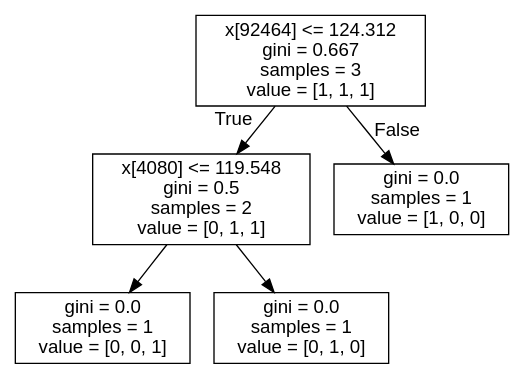
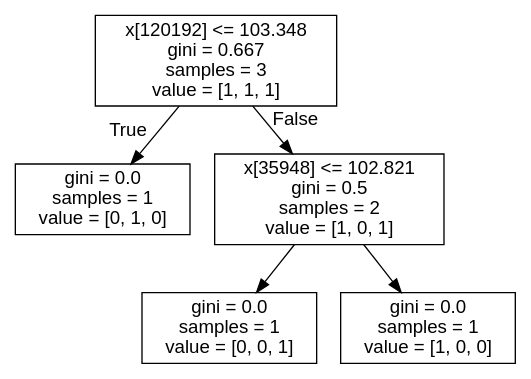
Before and after one commit to milenabdsa/CPS841: the diagram in projeto_malwisard/decision.dot, drawn with Graphviz. The commit also changed 48 other files, not shown here.

```diff
--- a/projeto_malwisard/decision.dot
+++ b/projeto_malwisard/decision.dot
@@ -1,13 +1,13 @@
 digraph Tree {
 node [shape=box, fontname="helvetica"] ;
 edge [fontname="helvetica"] ;
-0 [label="x[92464] <= 124.312\ngini = 0.667\nsamples = 3\nvalue = [1, 1, 1]"] ;
-1 [label="x[4080] <= 119.548\ngini = 0.5\nsamples = 2\nvalue = [0, 1, 1]"] ;
+0 [label="x[120192] <= 103.348\ngini = 0.667\nsamples = 3\nvalue = [1, 1, 1]"] ;
+1 [label="gini = 0.0\nsamples = 1\nvalue = [0, 1, 0]"] ;
 0 -> 1 [labeldistance=2.5, labelangle=45, headlabel="True"] ;
-2 [label="gini = 0.0\nsamples = 1\nvalue = [0, 0, 1]"] ;
-1 -> 2 ;
-3 [label="gini = 0.0\nsamples = 1\nvalue = [0, 1, 0]"] ;
-1 -> 3 ;
+2 [label="x[35948] <= 102.821\ngini = 0.5\nsamples = 2\nvalue = [1, 0, 1]"] ;
+0 -> 2 [labeldistance=2.5, labelangle=-45, headlabel="False"] ;
+3 [label="gini = 0.0\nsamples = 1\nvalue = [0, 0, 1]"] ;
+2 -> 3 ;
 4 [label="gini = 0.0\nsamples = 1\nvalue = [1, 0, 0]"] ;
-0 -> 4 [labeldistance=2.5, labelangle=-45, headlabel="False"] ;
+2 -> 4 ;
 }
```
